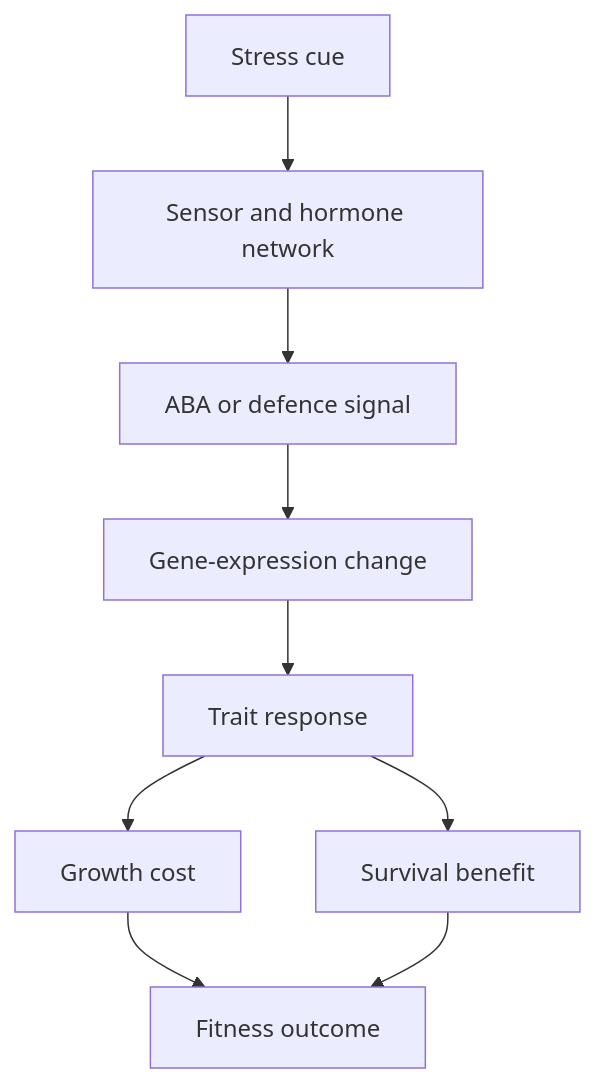
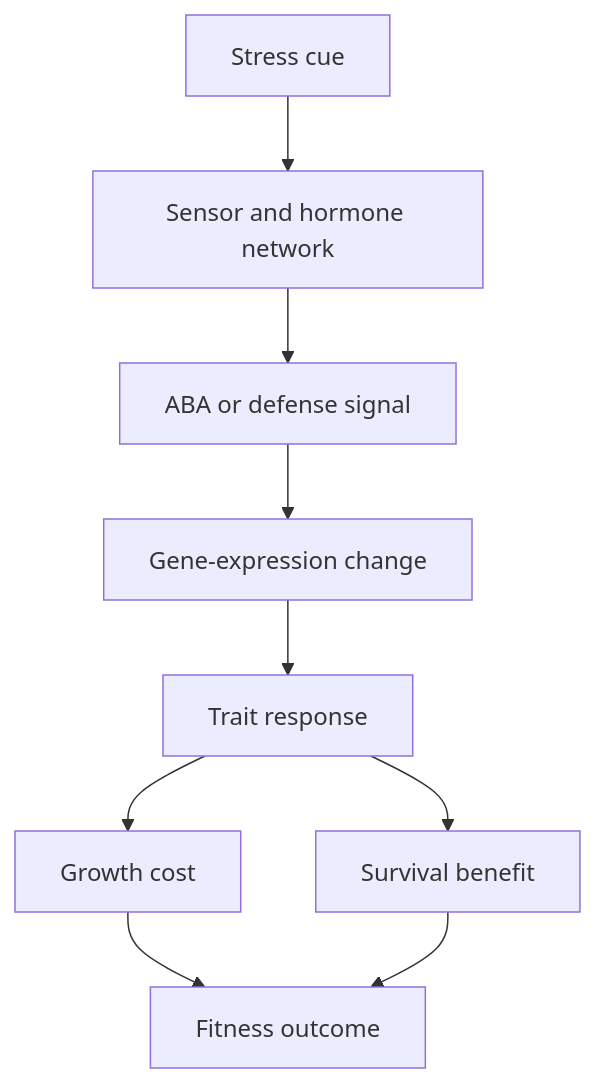
The fourth of 4 diagrams in manuscript/unit_VIII/plant_responses.md (docxology/biology_textbook), drawn with Mermaid before and after one commit. The commit also changed other lines of this file and 247 other files, not shown here.

````diff
--- a/manuscript/unit_VIII/plant_responses.md
+++ b/manuscript/unit_VIII/plant_responses.md
@@ -828,11 +828,11 @@
 ```mermaid
 flowchart TD
     A["Stress cue"] --> B["Sensor and hormone network"]
-    B --> C["ABA or defence signal"]
+    B --> C["ABA or defense signal"]
     C --> D["Gene-expression change"]
     D --> E["Trait response"]
     E --> F["Growth cost"]
     E --> G["Survival benefit"]
     F --> H["Fitness outcome"]
     G --> H
 ```
````
